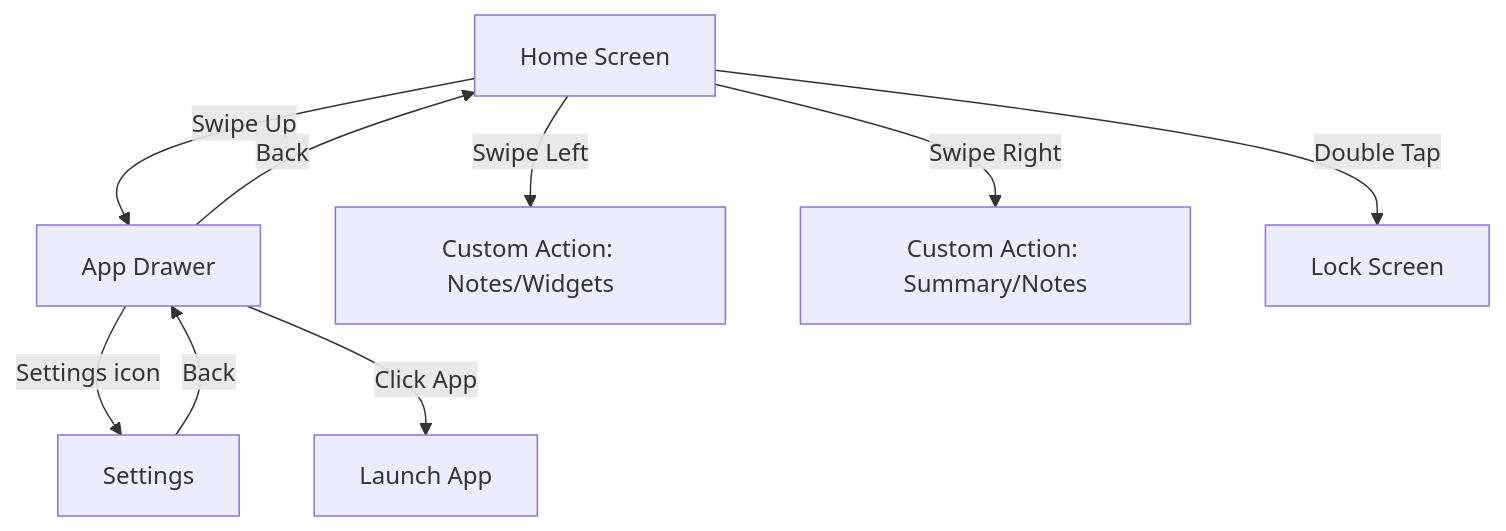
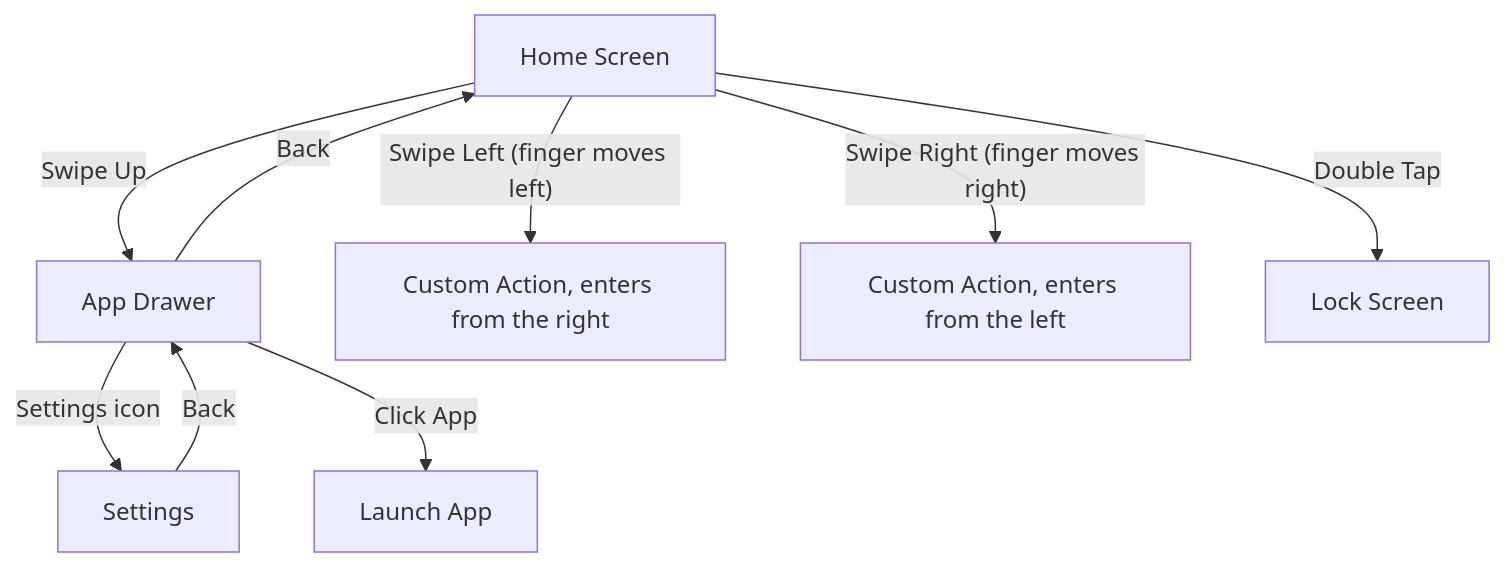
The diagram in README.md (knownassurajit/void), drawn with Mermaid before and after one commit. The commit also changed other lines of this file and 36 other files, not shown here.

````diff
--- a/README.md
+++ b/README.md
@@ -48,11 +49,11 @@
 ```mermaid
 graph TD
     A[Home Screen] -- Swipe Up --> B[App Drawer]
-    A -- Swipe Left --> D[Custom Action: Notes/Widgets]
-    A -- Swipe Right --> E[Custom Action: Summary/Notes]
+    A -- Swipe Left (finger moves left) --> D[Custom Action, enters from the right]
+    A -- Swipe Right (finger moves right) --> E[Custom Action, enters from the left]
     A -- Double Tap --> F[Lock Screen]
     B -- Settings icon --> C[Settings]
     C -- Back --> B
     B -- Click App --> G[Launch App]
     B -- Back --> A
 ```
````
